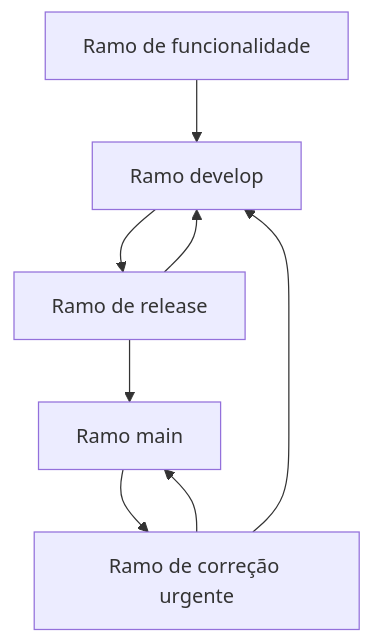
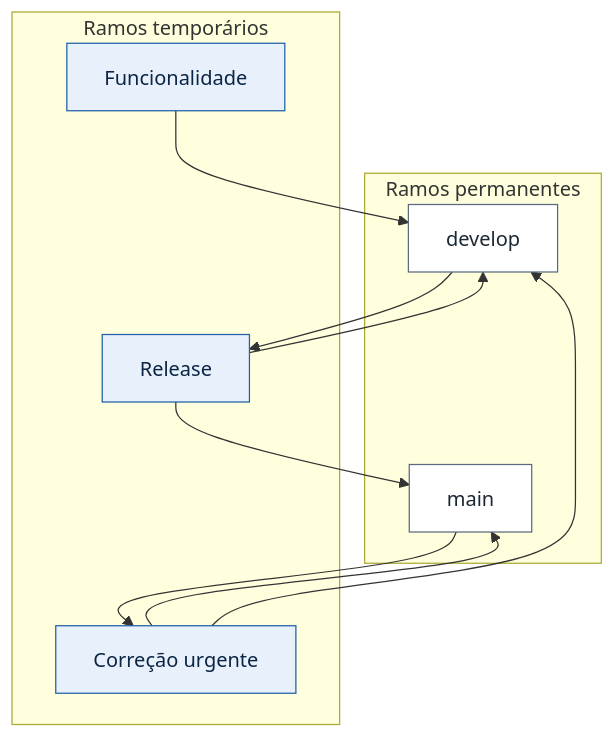
One commit to arkhibr/devops-fluxos-c3dm changed the second of 4 diagrams in cenarios/02-estrategia-branches/README.md. Above: the diagram before and after it, drawn with Mermaid. The commit also changed other lines of this file and 7 other files, not shown here.

First line of the commit message:
docs(cenarios): trechos de workflow, links e diagramas dos cenários 01 a 07 (#25)

````diff
--- a/cenarios/02-estrategia-branches/README.md
+++ b/cenarios/02-estrategia-branches/README.md
@@ -19,10 +35,26 @@
 ```mermaid
 flowchart TB
-    F["Ramo de funcionalidade"] --> D["Ramo develop"]
-    D --> R["Ramo de release"]
-    R --> M["Ramo main"]
+    subgraph perm["Ramos permanentes"]
+        D["develop"]:::etapa
+        M["main"]:::etapa
+    end
+    subgraph temp["Ramos temporários"]
+        F["Funcionalidade"]:::gatilho
+        R["Release"]:::gatilho
+        H["Correção urgente"]:::gatilho
+    end
+    F --> D
+    D --> R
+    R --> M
     R --> D
-    M --> H["Ramo de correção urgente"]
+    M --> H
     H --> M
     H --> D
+
+    classDef gatilho fill:#E8F1FB,stroke:#1F5FA8,color:#0B2545
+    classDef etapa fill:#FFFFFF,stroke:#5B6B7F,color:#1B2733
+    classDef verificacao fill:#FFF6E0,stroke:#B7791F,color:#5A3A00
+    classDef sucesso fill:#E6F4EA,stroke:#2E7D32,color:#123B17
+    classDef falha fill:#FDECEA,stroke:#C62828,color:#5B1111
+    classDef artefato fill:#F3E8FD,stroke:#6A3FB5,color:#2D1457
 ```
````
